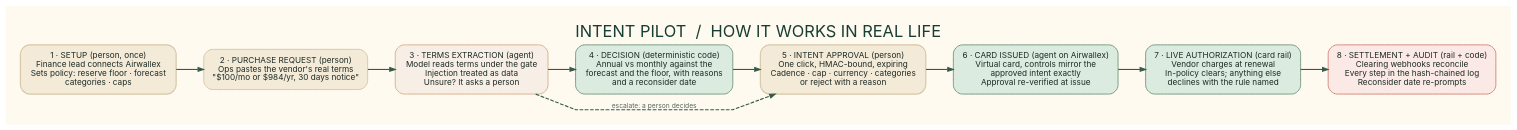
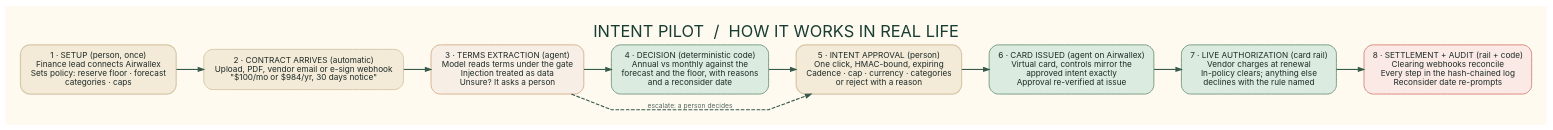
One commit to vyayasan/intent-pilot changed the diagram in docs/irl-user-flow.dot. Above: the diagram before and after it, drawn with Graphviz. The commit also changed 6 other files, not shown here.

First line of the commit message:
Automated contract intake: upload, PDF, email and e-sign webhook paths

```diff
--- a/docs/irl-user-flow.dot
+++ b/docs/irl-user-flow.dot
@@ -1,15 +1,15 @@
 digraph irlflow {
   graph [rankdir=LR, bgcolor="#fffaf0", pad="0.28", nodesep="0.32", ranksep="0.5", splines=polyline, fontname="Inter", labelloc=t, label="INTENT PILOT  /  HOW IT WORKS IN REAL LIFE", fontsize=22, fontcolor="#183d32"];
   node [shape=box, style="rounded,filled", color="#d8e2d8", fillcolor="#fffdf8", fontname="Inter", fontsize=11, fontcolor="#1d2a25", margin="0.16,0.12", penwidth=1.3];
   edge [color="#35594b", penwidth=1.5, arrowsize=0.72, fontname="Inter", fontsize=9, fontcolor="#52675d"];
   onboard [label="1 · SETUP (person, once)\nFinance lead connects Airwallex\nSets policy: reserve floor · forecast\ncategories · caps", fillcolor="#f3ead8", color="#d7c8a8", penwidth=1.6];
-  request [label="2 · PURCHASE REQUEST (person)\nOps pastes the vendor's real terms\n\"$100/mo or $984/yr, 30 days notice\"", fillcolor="#f3ead8", color="#d7c8a8"];
+  request [label="2 · CONTRACT ARRIVES (automatic)\nUpload, PDF, vendor email or e-sign webhook\n\"$100/mo or $984/yr, 30 days notice\"", fillcolor="#f3ead8", color="#d7c8a8"];
   extract [label="3 · TERMS EXTRACTION (agent)\nModel reads terms under the gate\nInjection treated as data\nUnsure? It asks a person", fillcolor="#f7eee5", color="#d9b18c"];
   decide [label="4 · DECISION (deterministic code)\nAnnual vs monthly against the\nforecast and the floor, with reasons\nand a reconsider date", fillcolor="#dcebe0", color="#789b82"];
   approve [label="5 · INTENT APPROVAL (person)\nOne click, HMAC-bound, expiring\nCadence · cap · currency · categories\nor reject with a reason", fillcolor="#f3ead8", color="#d7c8a8", penwidth=1.6];
   issue [label="6 · CARD ISSUED (agent on Airwallex)\nVirtual card, controls mirror the\napproved intent exactly\nApproval re-verified at issue", fillcolor="#dcebe0", color="#789b82"];
   auth [label="7 · LIVE AUTHORIZATION (card rail)\nVendor charges at renewal\nIn-policy clears; anything else\ndeclines with the rule named", fillcolor="#dcebe0", color="#789b82"];
   settle [label="8 · SETTLEMENT + AUDIT (rail + code)\nClearing webhooks reconcile\nEvery step in the hash-chained log\nReconsider date re-prompts", fillcolor="#fae9e4", color="#d7897c"];
   onboard -> request -> extract -> decide -> approve -> issue -> auth -> settle;
   extract -> approve [style=dashed, constraint=false, label="escalate: a person decides"];
 }
```
